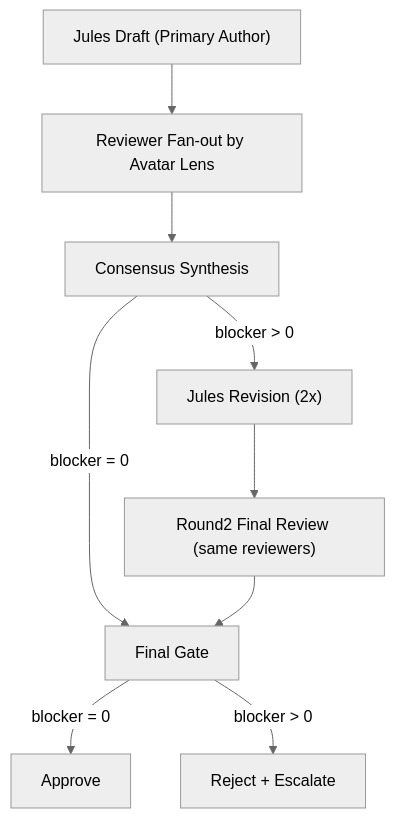
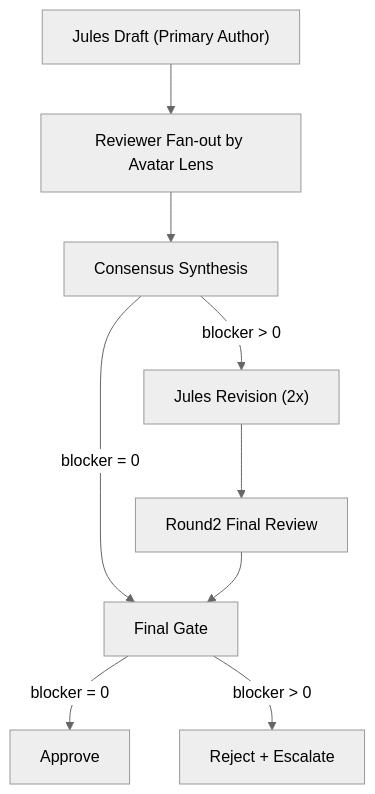
One commit to sheryloe/DonggriCompany changed the diagram in README.md. Above: the diagram before and after it, drawn with Mermaid (neutral theme). The commit also changed other lines of this file and 1 other file, not shown here.

````diff
--- a/README.md
+++ b/README.md
@@ -39,11 +22,11 @@
 ```mermaid
 flowchart TD
   A["Jules Draft (Primary Author)"] --> B["Reviewer Fan-out by Avatar Lens"]
   B --> C["Consensus Synthesis"]
   C -->|"blocker = 0"| F["Final Gate"]
   C -->|"blocker > 0"| D["Jules Revision (2x)"]
-  D --> E["Round2 Final Review (same reviewers)"]
+  D --> E["Round2 Final Review"]
   E --> F
   F -->|"blocker = 0"| G["Approve"]
   F -->|"blocker > 0"| H["Reject + Escalate"]
 ```
````
